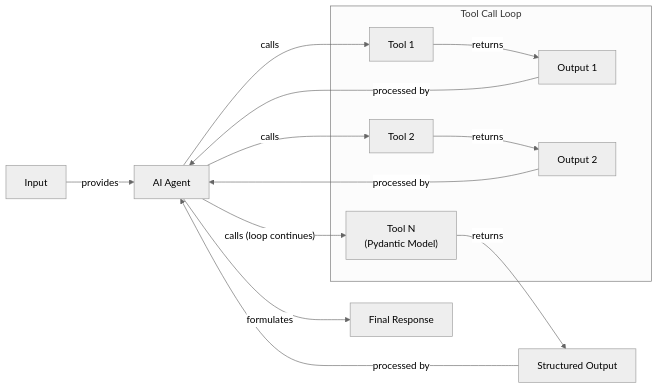
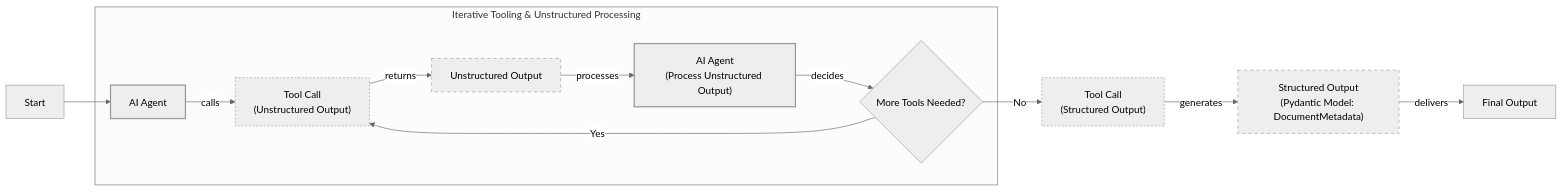
The second of 3 diagrams in RL_researcher_writer_ymaxing/rl_training_data/noise_experiment/06_tools__var_standard__replicate2__preset5/article_000.md (YMaXing/Research-Agent-reinforced-by-RL), drawn with Mermaid (neutral theme) before and after one commit. The commit also changed other lines of this file and 4528 other files, not shown here.

````diff
--- a/RL_researcher_writer_ymaxing/rl_training_data/noise_experiment/06_tools__var_standard__replicate2__preset5/article_000.md
+++ b/RL_researcher_writer_ymaxing/rl_training_data/noise_experiment/06_tools__var_standard__replicate2__preset5/article_000.md
@@ -788,27 +717,27 @@
 ```mermaid
 flowchart LR
-  %% Start
-  B["Input"] -- "provides" --> A["AI Agent"]
+  %% Agent Initialization
+  start["Start"] --> agent["AI Agent"]
 
-  %% Tool Call Loop
-  subgraph "Tool Call Loop"
-    C["Tool 1"]
-    D["Output 1"]
-    E["Tool 2"]
-    F["Output 2"]
-    G["Tool N<br/>(Pydantic Model)"]
+  %% Looping Tool Calls and Unstructured Output Processing
+  subgraph "Iterative Tooling & Unstructured Processing"
+    agent -- "calls" --> tool_call_loop["Tool Call<br/>(Unstructured Output)"]
+    tool_call_loop -- "returns" --> unstructured_output["Unstructured Output"]
+    unstructured_output -- "processes" --> agent_process["AI Agent<br/>(Process Unstructured Output)"]
+    agent_process -- "decides" --> decision{"More Tools Needed?"}
+    decision -- "Yes" --> tool_call_loop
   end
 
-  A -- "calls" --> C
-  C -- "returns" --> D
-  D -- "processed by" --> A
-  A -- "calls" --> E
-  E -- "returns" --> F
-  F -- "processed by" --> A
-  A -- "calls (loop continues)" --> G
-  G -- "returns" --> H["Structured Output"]
+  %% Structured Output Tool Call
+  decision -- "No" --> structured_tool_call["Tool Call<br/>(Structured Output)"]
+  structured_tool_call -- "generates" --> pydantic_model["Structured Output<br/>(Pydantic Model: DocumentMetadata)"]
+  pydantic_model -- "delivers" --> final_output["Final Output"]
 
-  %% Final Response
-  H -- "processed by" --> A
-  A -- "formulates" --> I["Final Response"]
+  %% Visual grouping
+  classDef agent_style stroke-width:2px
+  classDef tool_style stroke-dasharray:3,3
+  classDef output_style stroke-dasharray:5,5
+  class agent,agent_process agent_style
+  class tool_call_loop,structured_tool_call tool_style
+  class unstructured_output,pydantic_model output_style
 ```
````
